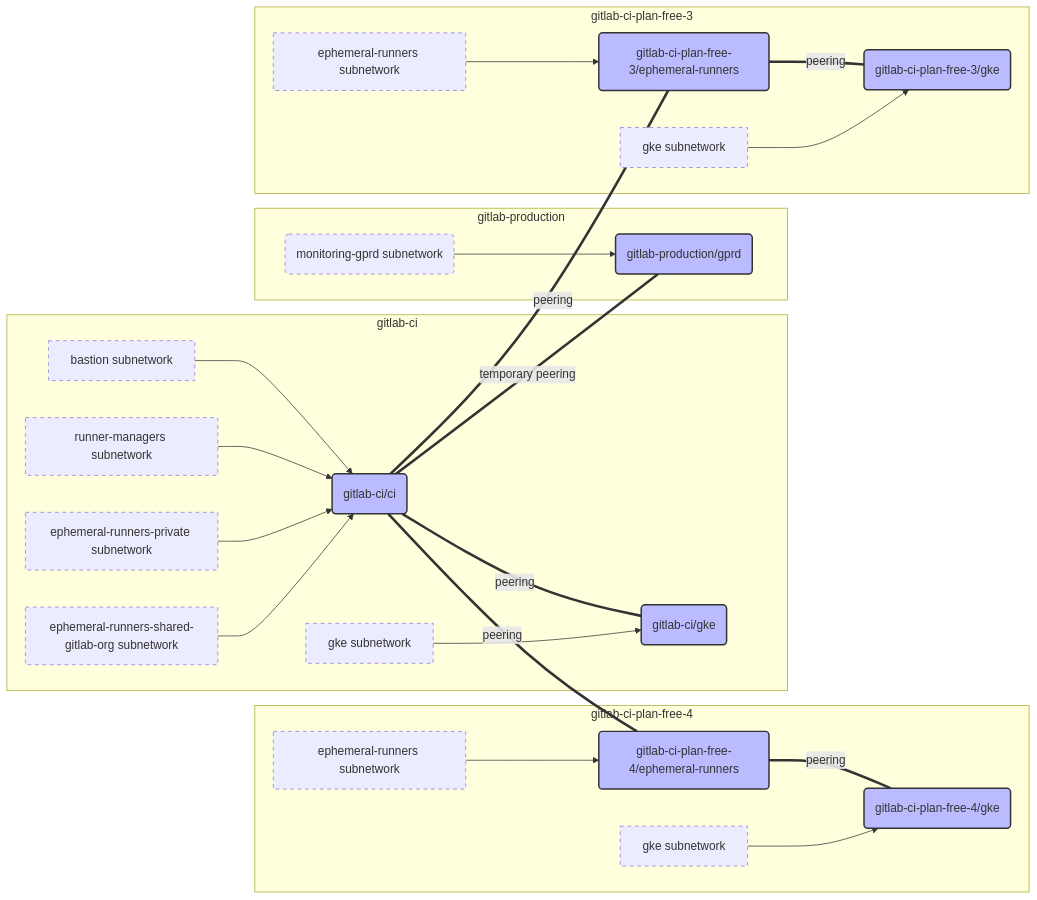
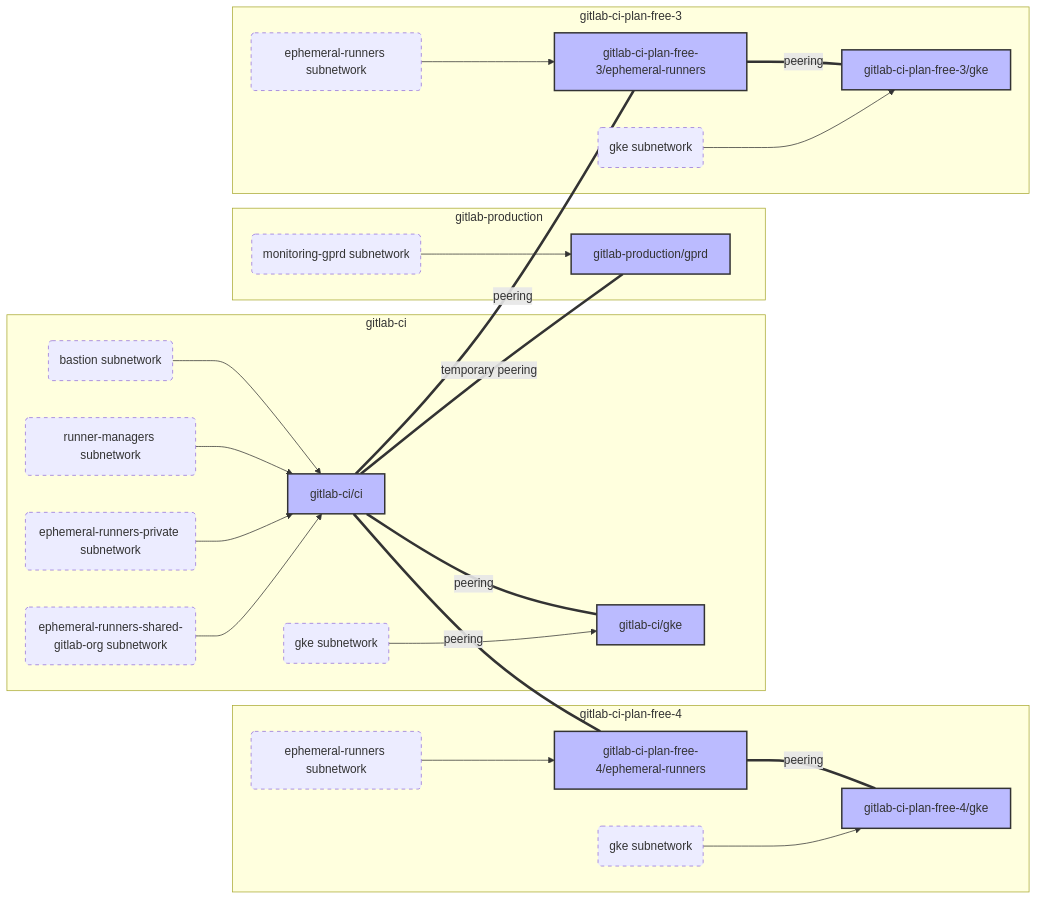
The fourth of 4 diagrams in docs/ci-runners/README.md (mattrussi/gitlab-com-runbooks), drawn with Mermaid before and after one commit.

Commit message:
docs(ci-runners): Update box styles in digram
The rest of the diagrams they are using rounded corners for subnetworks
and boxes for VPCs.

````diff
--- a/docs/ci-runners/README.md
+++ b/docs/ci-runners/README.md
@@ -273,58 +273,58 @@
 ```mermaid
 graph LR
   classDef subnetwork stroke-dasharray: 5 5;
   classDef vpc fill:#bbf,stroke:#333,stroke-width:2px;
 
   subgraph gitlab-ci
-    ci_ci(gitlab-ci/ci):::vpc
-    ci_ci_bastion[bastion subnetwork]:::subnetwork
-    ci_ci_runner_managers[runner-managers subnetwork]:::subnetwork
-    ci_ci_ep[ephemeral-runners-private subnetwork]:::subnetwork
-    ci_ci_esgo[ephemeral-runners-shared-gitlab-org subnetwork]:::subnetwork
+    ci_ci[gitlab-ci/ci]:::vpc
+    ci_ci_bastion(bastion subnetwork):::subnetwork
+    ci_ci_runner_managers(runner-managers subnetwork):::subnetwork
+    ci_ci_ep(ephemeral-runners-private subnetwork):::subnetwork
+    ci_ci_esgo(ephemeral-runners-shared-gitlab-org subnetwork):::subnetwork
 
-    ci_ci_gke(gitlab-ci/gke):::vpc
-    ci_ci_gke_gke[gke subnetwork]:::subnetwork
+    ci_ci_gke[gitlab-ci/gke]:::vpc
+    ci_ci_gke_gke(gke subnetwork):::subnetwork
 
     ci_ci_bastion --> ci_ci
     ci_ci_runner_managers --> ci_ci
     ci_ci_ep --> ci_ci
     ci_ci_esgo --> ci_ci
     ci_ci ===|peering| ci_ci_gke
     ci_ci_gke_gke --> ci_ci_gke
   end
 
   subgraph gitlab-production
-    prd_gprd(gitlab-production/gprd):::vpc
+    prd_gprd[gitlab-production/gprd]:::vpc
     prd_gprd_monitoring(monitoring-gprd subnetwork):::subnetwork
 
     prd_gprd_monitoring --> prd_gprd
   end
 
   subgraph gitlab-ci-plan-free-4
-    ci_plan_free_4_ephemeral(gitlab-ci-plan-free-4/ephemeral-runners):::vpc
-    ci_plan_free_4_ephemeral_e[ephemeral-runners subnetwork]:::subnetwork
+    ci_plan_free_4_ephemeral[gitlab-ci-plan-free-4/ephemeral-runners]:::vpc
+    ci_plan_free_4_ephemeral_e(ephemeral-runners subnetwork):::subnetwork
 
-    ci_plan_free_4_gke(gitlab-ci-plan-free-4/gke):::vpc
-    ci_plan_free_4_gke_gke[gke subnetwork]:::subnetwork
+    ci_plan_free_4_gke[gitlab-ci-plan-free-4/gke]:::vpc
+    ci_plan_free_4_gke_gke(gke subnetwork):::subnetwork
 
     ci_plan_free_4_ephemeral_e --> ci_plan_free_4_ephemeral
     ci_plan_free_4_ephemeral ===|peering| ci_plan_free_4_gke
     ci_plan_free_4_gke_gke --> ci_plan_free_4_gke
   end
 
   subgraph gitlab-ci-plan-free-3
-    ci_plan_free_3_ephemeral(gitlab-ci-plan-free-3/ephemeral-runners):::vpc
-    ci_plan_free_3_ephemeral_e[ephemeral-runners subnetwork]:::subnetwork
+    ci_plan_free_3_ephemeral[gitlab-ci-plan-free-3/ephemeral-runners]:::vpc
+    ci_plan_free_3_ephemeral_e(ephemeral-runners subnetwork):::subnetwork
 
-    ci_plan_free_3_gke(gitlab-ci-plan-free-3/gke):::vpc
-    ci_plan_free_3_gke_gke[gke subnetwork]:::subnetwork
+    ci_plan_free_3_gke[gitlab-ci-plan-free-3/gke]:::vpc
+    ci_plan_free_3_gke_gke(gke subnetwork):::subnetwork
 
     ci_plan_free_3_ephemeral_e --> ci_plan_free_3_ephemeral
     ci_plan_free_3_ephemeral ===|peering| ci_plan_free_3_gke
     ci_plan_free_3_gke_gke --> ci_plan_free_3_gke
   end
 
   ci_ci ===|temporary peering| prd_gprd
   ci_ci ===|peering| ci_plan_free_3_ephemeral
   ci_ci ===|peering| ci_plan_free_4_ephemeral
 ```
````
